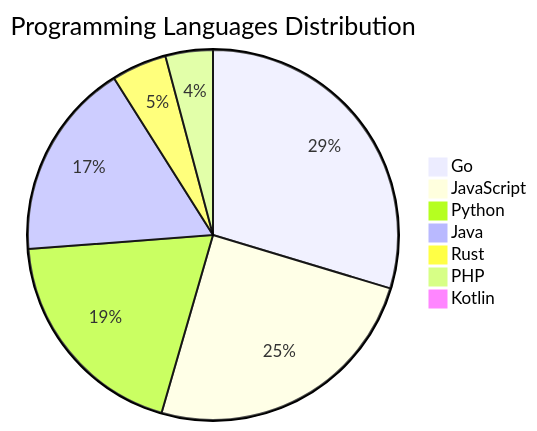
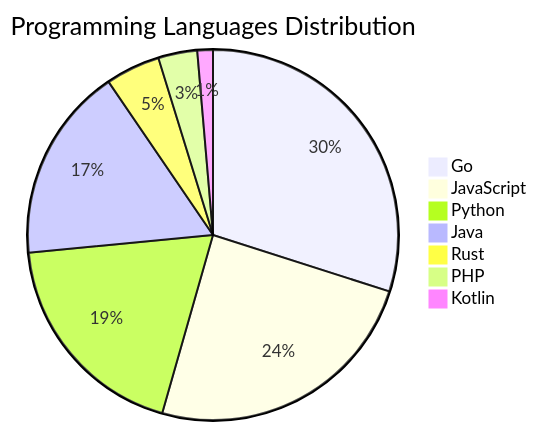
Before and after one commit to Derrick-MUGISHA/github-activity-bot: the diagram in README.md, drawn with Mermaid. The commit also changed other lines of this file and 4 other files, not shown here.

````diff
--- a/README.md
+++ b/README.md
@@ -207,10 +207,10 @@
 ```mermaid
 pie title Programming Languages Distribution
-    "Go" : 43
+    "Go" : 44
     "JavaScript" : 36
     "Python" : 28
     "Java" : 25
     "Rust" : 7
-    "PHP" : 6
-    "Kotlin" : 1
+    "PHP" : 5
+    "Kotlin" : 2
 ```
````
